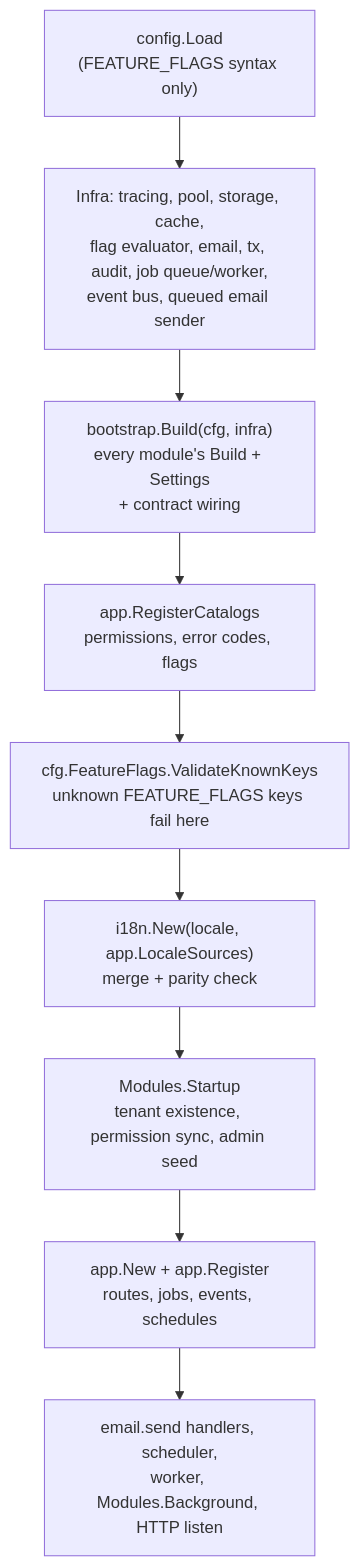
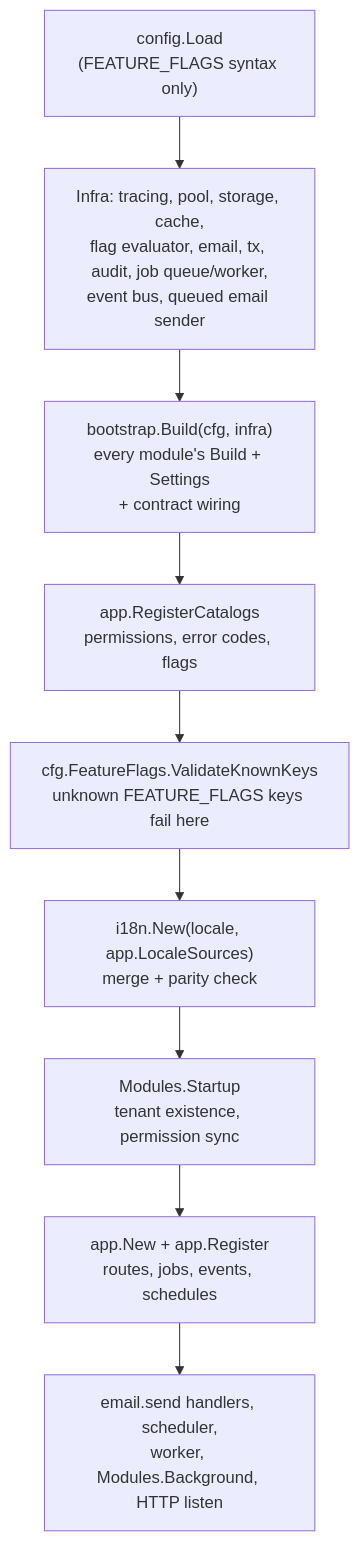
One commit to chuanghiduoc/fiber-golang-boilerplate changed the sixth of 6 diagrams in docs/architecture.md. Above: the diagram before and after it, drawn with Mermaid. The commit also changed other lines of this file and 76 other files, not shown here.

````diff
--- a/docs/architecture.md
+++ b/docs/architecture.md
@@ -415,11 +424,11 @@
 ```mermaid
 flowchart TD
     cfg["config.Load<br/>(FEATURE_FLAGS syntax only)"] --> infra["Infra: tracing, pool, storage, cache,<br/>flag evaluator, email, tx, audit, job queue/worker,<br/>event bus, queued email sender"]
     infra --> build["bootstrap.Build(cfg, infra)<br/>every module's Build + Settings<br/>+ contract wiring"]
     build --> cat["app.RegisterCatalogs<br/>permissions, error codes, flags"]
     cat --> keys["cfg.FeatureFlags.ValidateKnownKeys<br/>unknown FEATURE_FLAGS keys fail here"]
     keys --> i18n["i18n.New(locale, app.LocaleSources)<br/>merge + parity check"]
-    i18n --> startup["Modules.Startup<br/>tenant existence, permission sync, admin seed"]
+    i18n --> startup["Modules.Startup<br/>tenant existence, permission sync"]
     startup --> appnew["app.New + app.Register<br/>routes, jobs, events, schedules"]
     appnew --> run["email.send handlers, scheduler,<br/>worker, Modules.Background, HTTP listen"]
 ```
````
